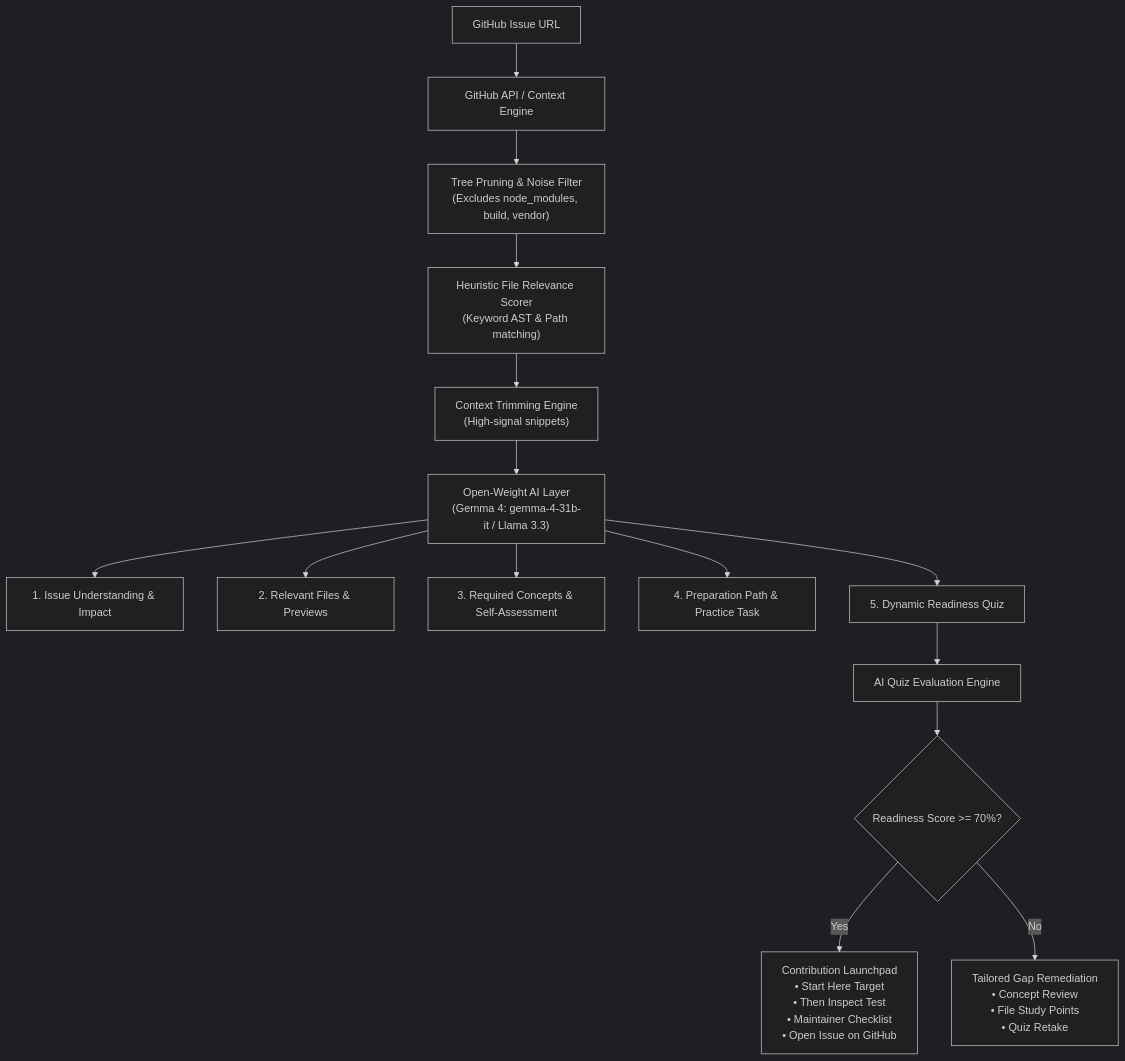
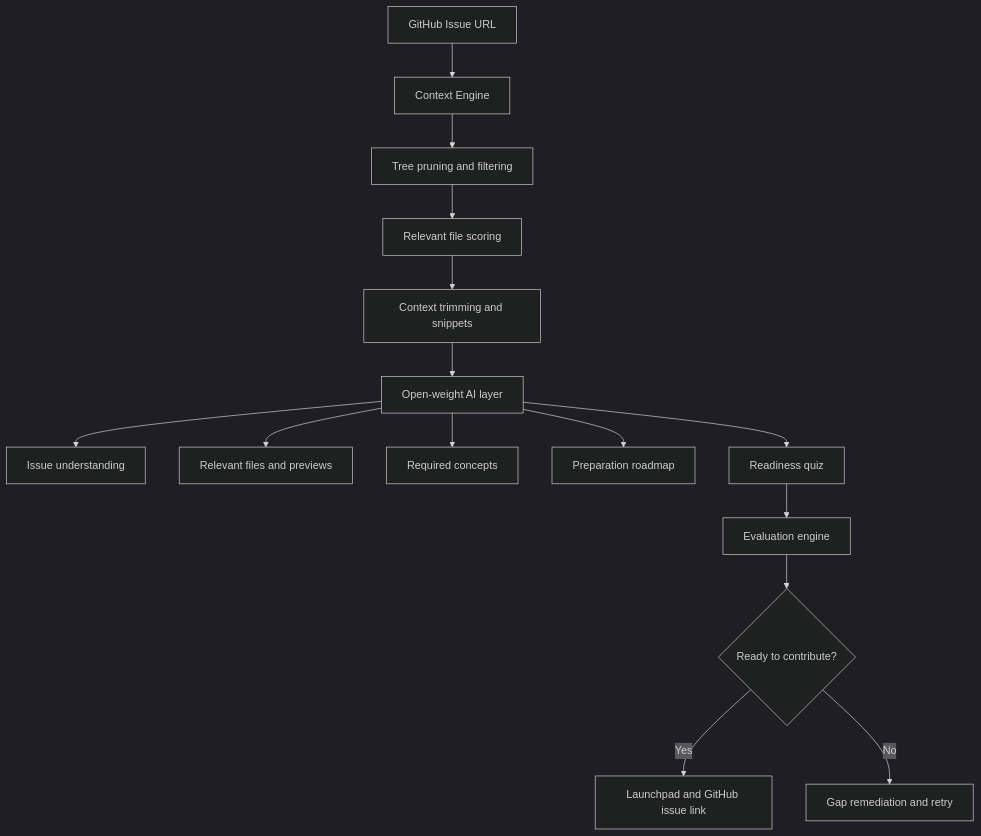
The diagram in README.md (reacthyderabad/hacktoberfest-hack-day-2026), drawn with Mermaid (dark theme) before and after one commit. The commit also changed other lines of this file, not shown here.

````diff
--- a/README.md
+++ b/README.md
@@ -54,19 +53,17 @@
 ```mermaid
 flowchart TD
-    A["GitHub Issue URL"] --> B["GitHub API / Context Engine"]
-    B --> C["Tree Pruning & Noise Filter<br/>(Excludes node_modules, build, vendor)"]
-    C --> D["Heuristic File Relevance Scorer<br/>(Keyword AST & Path matching)"]
-    D --> E["Context Trimming Engine<br/>(High-signal snippets)"]
-    E --> F["Open-Weight AI Layer<br/>(Gemma 4: gemma-4-31b-it / Llama 3.3)"]
-    
-    F --> G["1. Issue Understanding & Impact"]
-    F --> H["2. Relevant Files & Previews"]
-    F --> I["3. Required Concepts & Self-Assessment"]
-    F --> J["4. Preparation Path & Practice Task"]
-    F --> K["5. Dynamic Readiness Quiz"]
-    
-    K --> L["AI Quiz Evaluation Engine"]
-    L --> M{"Readiness Score >= 70%?"}
-    M -- Yes --> N["Contribution Launchpad<br/>• Start Here Target<br/>• Then Inspect Test<br/>• Maintainer Checklist<br/>• Open Issue on GitHub"]
-    M -- No --> O["Tailored Gap Remediation<br/>• Concept Review<br/>• File Study Points<br/>• Quiz Retake"]
+    A[GitHub Issue URL] --> B[Context Engine]
+    B --> C[Tree pruning and filtering]
+    C --> D[Relevant file scoring]
+    D --> E[Context trimming and snippets]
+    E --> F[Open-weight AI layer]
+    F --> G[Issue understanding]
+    F --> H[Relevant files and previews]
+    F --> I[Required concepts]
+    F --> J[Preparation roadmap]
+    F --> K[Readiness quiz]
+    K --> L[Evaluation engine]
+    L --> M{Ready to contribute?}
+    M -- Yes --> N[Launchpad and GitHub issue link]
+    M -- No --> O[Gap remediation and retry]
 ```
````
